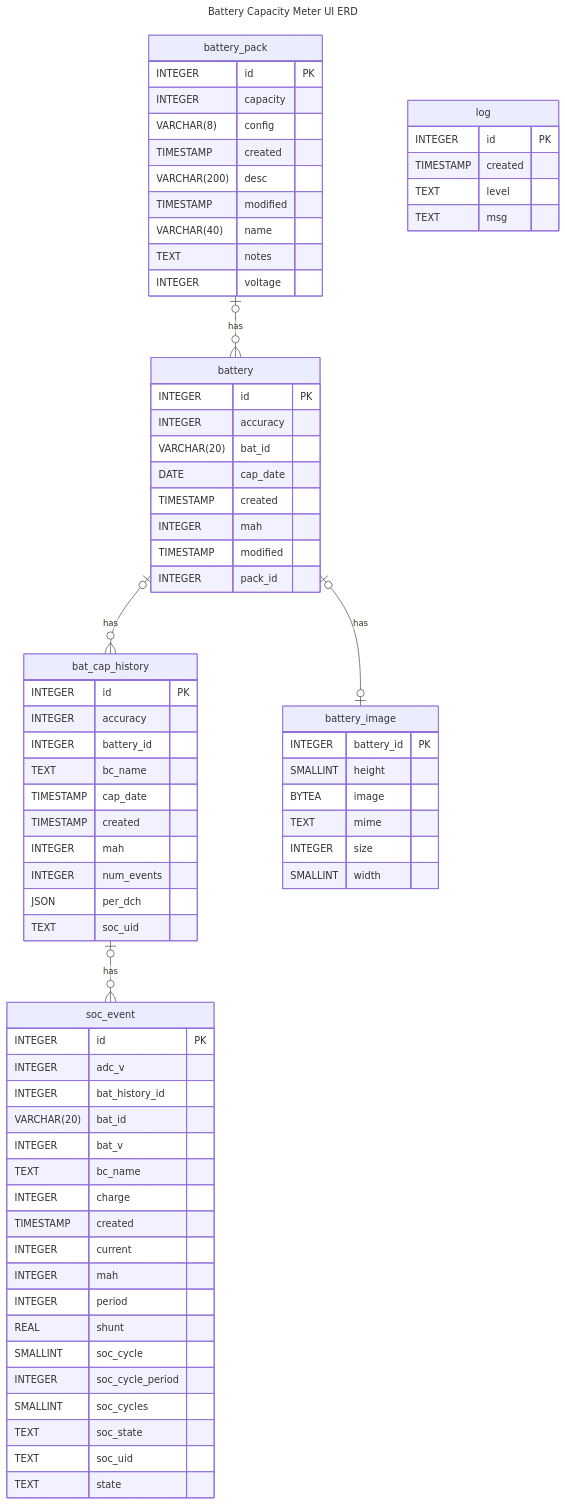
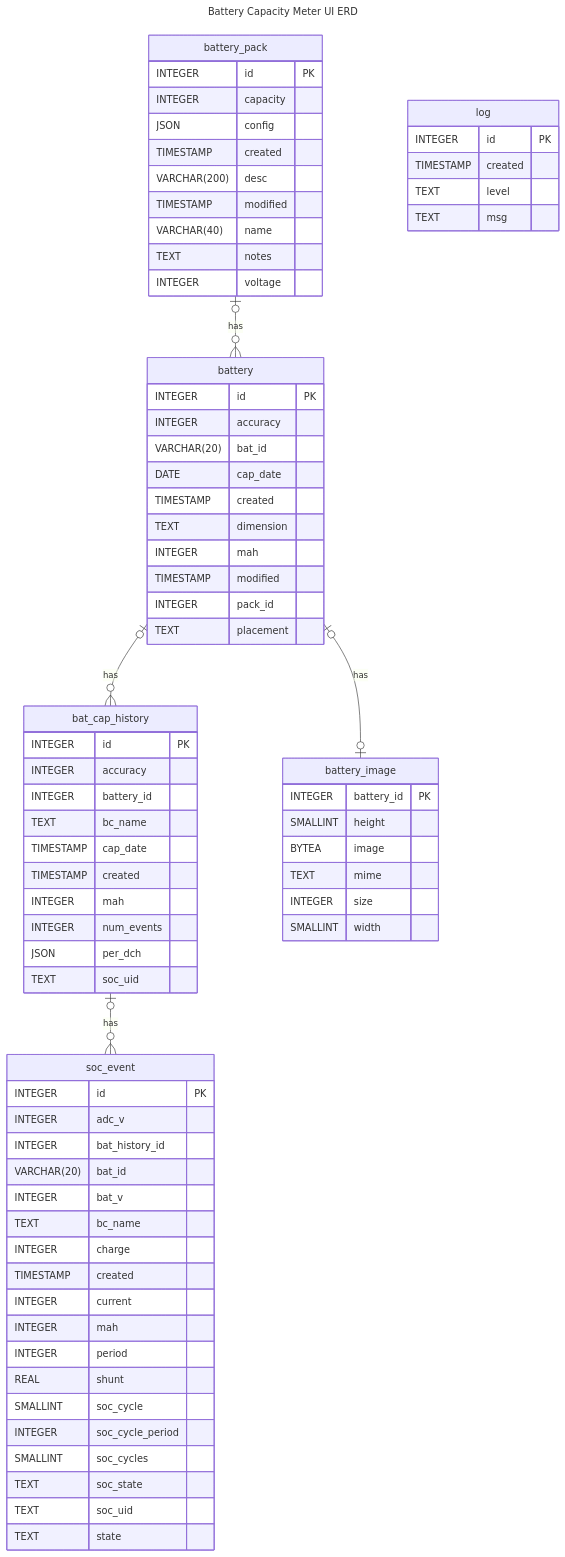
One commit to fitzterra/battery-capacity-meter-ui changed the diagram in doc/ERD.md. Above: the diagram before and after it, drawn with Mermaid. The commit also changed 16 other files, not shown here.

````diff
--- a/doc/ERD.md
+++ b/doc/ERD.md
@@ -3,79 +3,81 @@
 ```mermaid
 ---
 title: Battery Capacity Meter UI ERD
 ---
 erDiagram
 soc_event {
  INTEGER id PK
    INTEGER adc_v 
    INTEGER bat_history_id 
    VARCHAR(20) bat_id 
    INTEGER bat_v 
    TEXT bc_name 
    INTEGER charge 
    TIMESTAMP created 
    INTEGER current 
    INTEGER mah 
    INTEGER period 
    REAL shunt 
    SMALLINT soc_cycle 
    INTEGER soc_cycle_period 
    SMALLINT soc_cycles 
    TEXT soc_state 
    TEXT soc_uid 
    TEXT state 
 }
 bat_cap_history {
  INTEGER id PK
    INTEGER accuracy 
    INTEGER battery_id 
    TEXT bc_name 
    TIMESTAMP cap_date 
    TIMESTAMP created 
    INTEGER mah 
    INTEGER num_events 
    JSON per_dch 
    TEXT soc_uid 
 }
 battery {
  INTEGER id PK
    INTEGER accuracy 
    VARCHAR(20) bat_id 
    DATE cap_date 
    TIMESTAMP created 
+   TEXT dimension 
    INTEGER mah 
    TIMESTAMP modified 
    INTEGER pack_id 
+   TEXT placement 
 }
 battery_pack {
  INTEGER id PK
    INTEGER capacity 
-   VARCHAR(8) config 
+   JSON config 
    TIMESTAMP created 
    VARCHAR(200) desc 
    TIMESTAMP modified 
    VARCHAR(40) name 
    TEXT notes 
    INTEGER voltage 
 }
 log {
  INTEGER id PK
    TIMESTAMP created 
    TEXT level 
    TEXT msg 
 }
 battery_image {
  INTEGER battery_id PK
    SMALLINT height 
    BYTEA image 
    TEXT mime 
    INTEGER size 
    SMALLINT width 
 }
 bat_cap_history one or zero--0+ soc_event : has
 battery one or zero--0+ bat_cap_history : has
 battery_pack one or zero--0+ battery : has
 battery one or zero--zero or one battery_image : has
 
 
 ```
````
